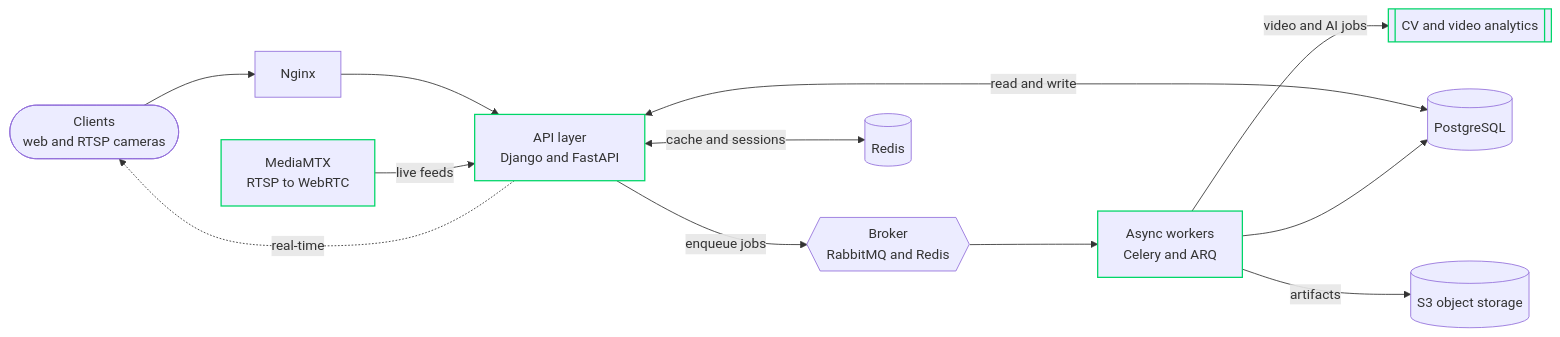
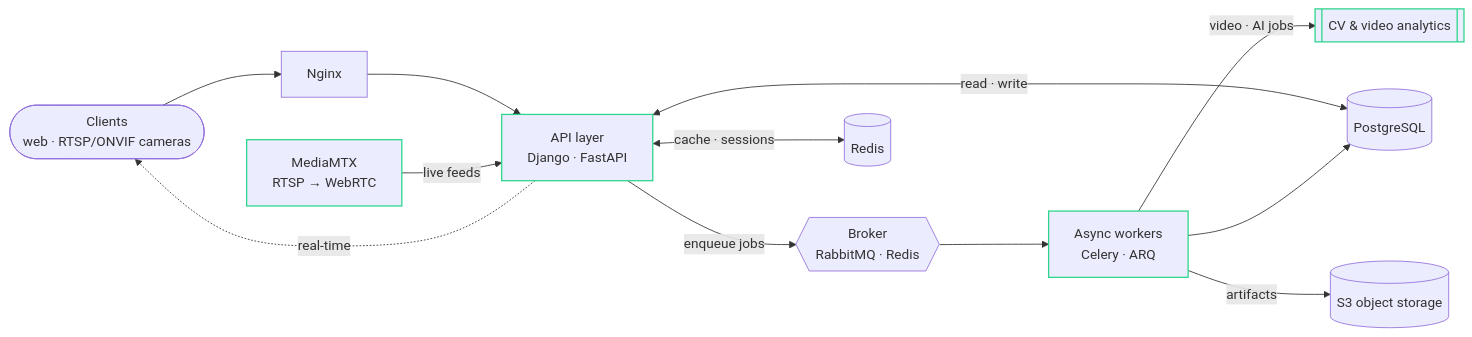
Before and after one commit to Akshat-Pandey16/Akshat-Pandey16: the diagram in README.md, drawn with Mermaid. The commit also changed other lines of this file, not shown here.

````diff
--- a/README.md
+++ b/README.md
@@ -23,16 +84,16 @@
 ```mermaid
 flowchart LR
-    C(["Clients<br/>web and RTSP cameras"]) --> N["Nginx"]
-    N --> API["API layer<br/>Django and FastAPI"]
-    API -->|enqueue jobs| Q{{"Broker<br/>RabbitMQ and Redis"}}
-    API <-->|cache and sessions| R[("Redis")]
-    API <-->|read and write| PG[("PostgreSQL")]
-    Q --> W["Async workers<br/>Celery and ARQ"]
-    W -->|video and AI jobs| ML[["CV and video analytics"]]
+    C(["Clients<br/>web · RTSP/ONVIF cameras"]) --> N["Nginx"]
+    N --> API["API layer<br/>Django · FastAPI"]
+    API -->|enqueue jobs| Q{{"Broker<br/>RabbitMQ · Redis"}}
+    API <-->|cache · sessions| R[("Redis")]
+    API <-->|read · write| PG[("PostgreSQL")]
+    Q --> W["Async workers<br/>Celery · ARQ"]
+    W -->|video · AI jobs| ML[["CV & video analytics"]]
     W --> PG
     W -->|artifacts| S3[("S3 object storage")]
-    MTX["MediaMTX<br/>RTSP to WebRTC"] -->|live feeds| API
+    MTX["MediaMTX<br/>RTSP → WebRTC"] -->|live feeds| API
     API -.->|real-time| C
-    classDef accent stroke:#00d668,stroke-width:1.5px;
+    classDef accent stroke:#2bd68a,stroke-width:1.5px;
     class API,W,MTX,ML accent;
 ```
````
